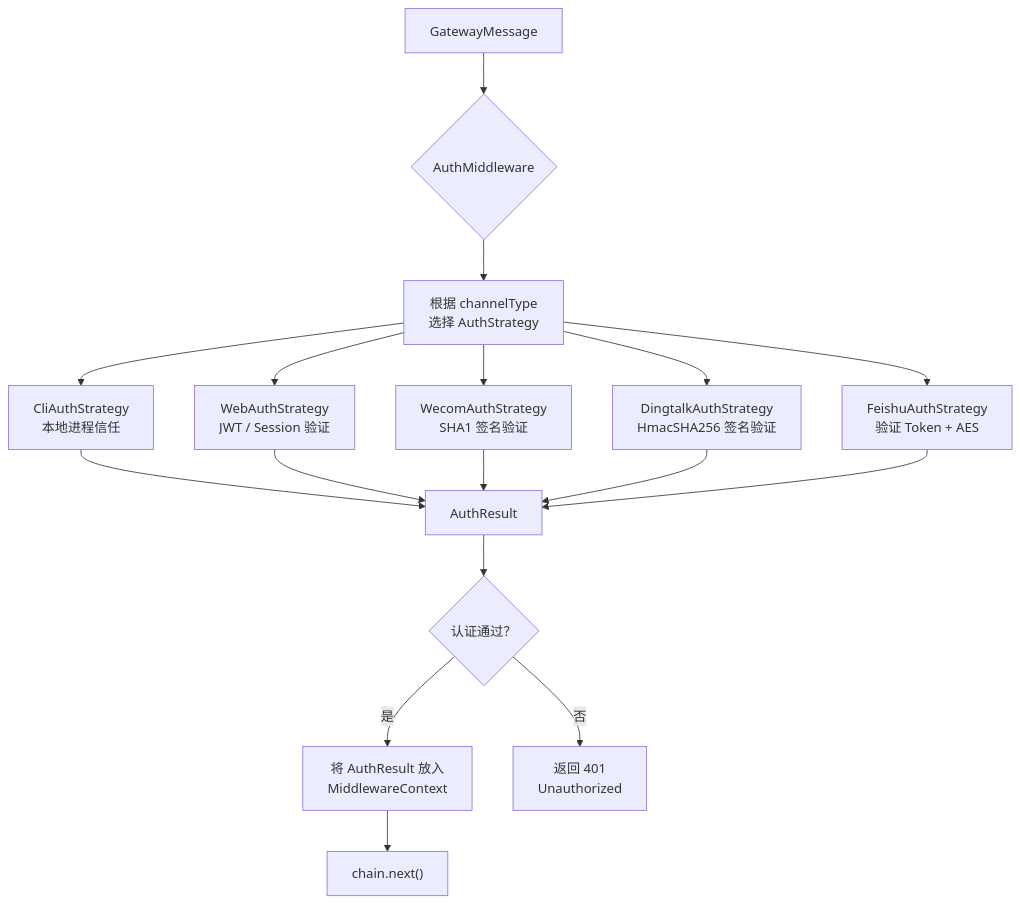
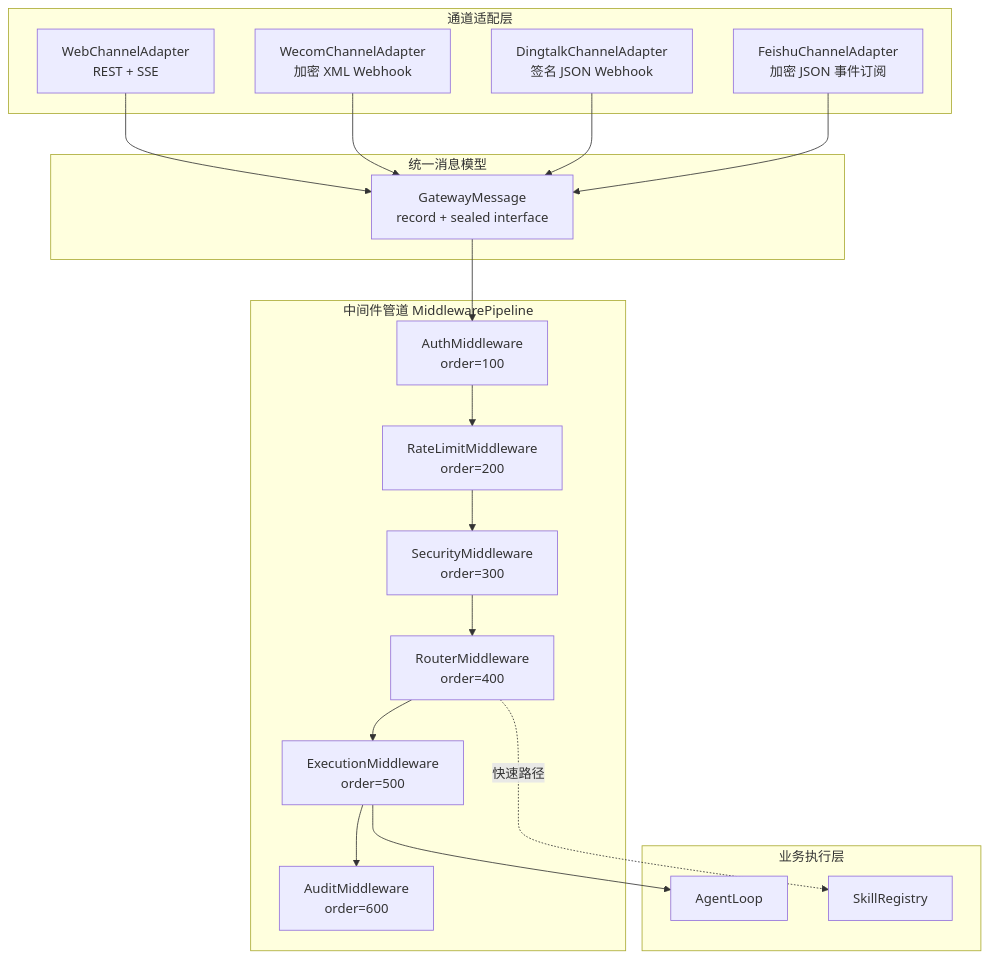
One commit to ntygod/LifePilot changed the first of 3 diagrams in docs/architecture/gateway-middleware.md. Above: the diagram before and after it, drawn with Mermaid. The commit also changed other lines of this file and 2 other files, not shown here.

Commit message:
docs(interaction): 重写 cli-interaction、gateway-middleware 架构文档和 gateway-channels 特性文档

````diff
--- a/docs/architecture/gateway-middleware.md
+++ b/docs/architecture/gateway-middleware.md
@@ -1955,21 +24,35 @@
 ```mermaid
 flowchart TD
-    MSG["GatewayMessage"] --> AUTH{"AuthMiddleware"}
-    AUTH --> RESOLVE["根据 channelType<br/>选择 AuthStrategy"]
-    RESOLVE --> CLI_S["CliAuthStrategy<br/>本地进程信任"]
-    RESOLVE --> WEB_S["WebAuthStrategy<br/>JWT / Session 验证"]
-    RESOLVE --> WECOM_S["WecomAuthStrategy<br/>SHA1 签名验证"]
-    RESOLVE --> DING_S["DingtalkAuthStrategy<br/>HmacSHA256 签名验证"]
-    RESOLVE --> FEISHU_S["FeishuAuthStrategy<br/>验证 Token + AES"]
+    subgraph "通道适配层"
+        WEB["WebChannelAdapter<br/>REST + SSE"]
+        WECOM["WecomChannelAdapter<br/>加密 XML Webhook"]
+        DING["DingtalkChannelAdapter<br/>签名 JSON Webhook"]
+        FEISHU["FeishuChannelAdapter<br/>加密 JSON 事件订阅"]
+    end
 
-    CLI_S --> RESULT["AuthResult"]
-    WEB_S --> RESULT
-    WECOM_S --> RESULT
-    DING_S --> RESULT
-    FEISHU_S --> RESULT
+    subgraph "统一消息模型"
+        GM["GatewayMessage<br/>record + sealed interface"]
+    end
 
-    RESULT --> CHECK{"认证通过？"}
-    CHECK -->|"是"| CTX["将 AuthResult 放入<br/>MiddlewareContext"]
-    CTX --> NEXT["chain.next()"]
-    CHECK -->|"否"| REJECT["返回 401<br/>Unauthorized"]
+    subgraph "中间件管道 MiddlewarePipeline"
+        AUTH["AuthMiddleware<br/>order=100"]
+        RL["RateLimitMiddleware<br/>order=200"]
+        SEC["SecurityMiddleware<br/>order=300"]
+        ROUTER["RouterMiddleware<br/>order=400"]
+        EXEC["ExecutionMiddleware<br/>order=500"]
+        AUDIT["AuditMiddleware<br/>order=600"]
+    end
+
+    subgraph "业务执行层"
+        AGENT["AgentLoop"]
+        SKILL["SkillRegistry"]
+    end
+
+    WEB --> GM
+    WECOM --> GM
+    DING --> GM
+    FEISHU --> GM
+    GM --> AUTH --> RL --> SEC --> ROUTER --> EXEC --> AUDIT
+    EXEC --> AGENT
+    ROUTER -.->|"快速路径"| SKILL
 ```
````
